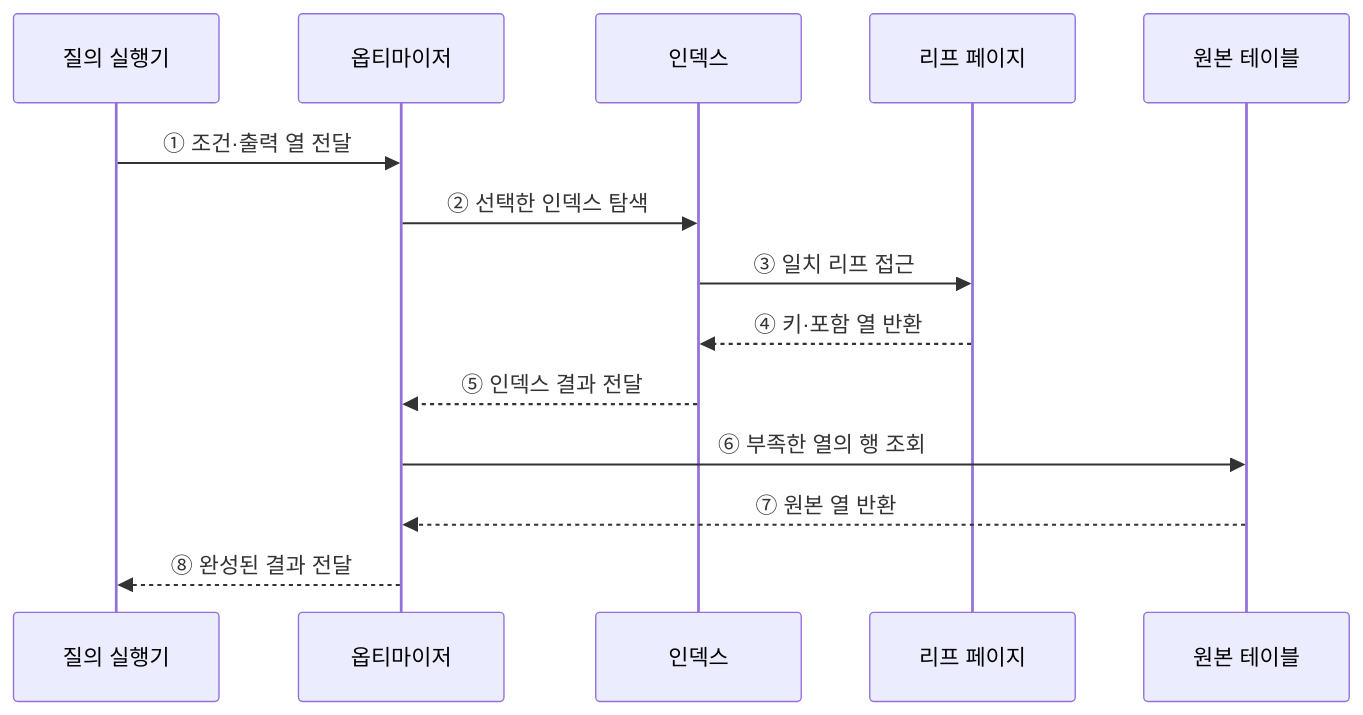
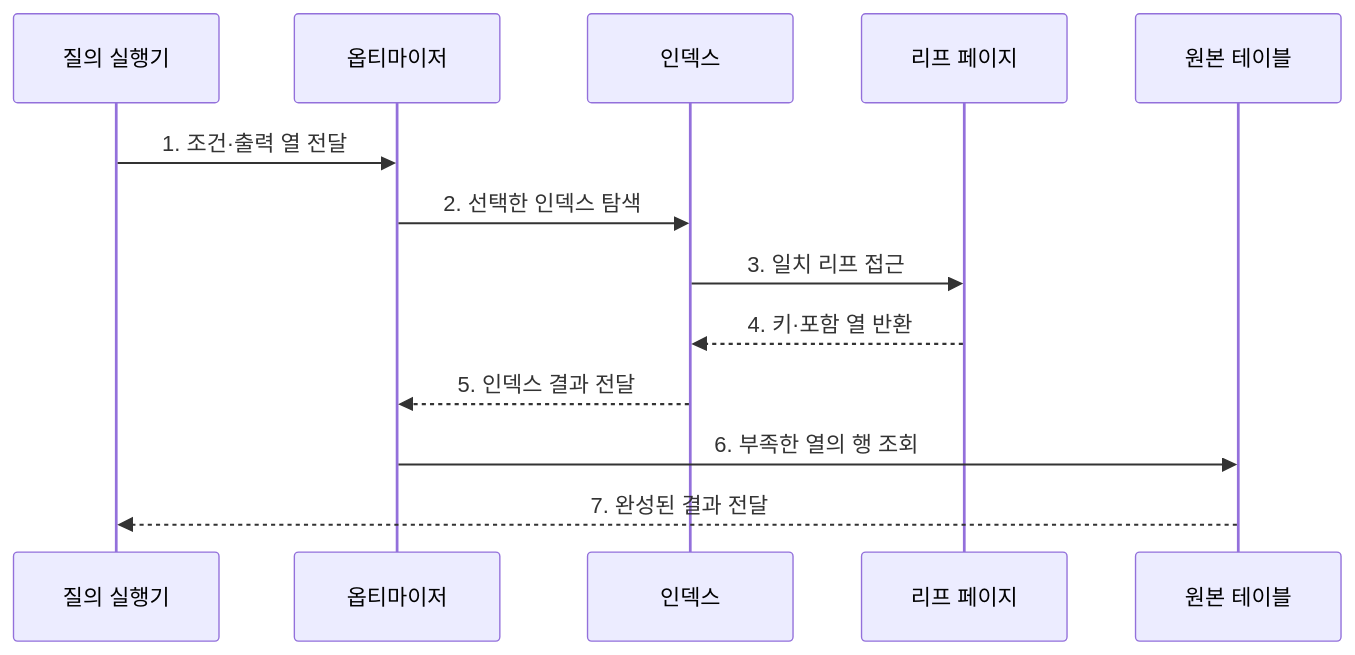
One commit to agnusdei1207/knowledge-base changed the second of 2 diagrams in src/content/docs/notes/03-software/094_clustered_covering_index.md. Above: the diagram before and after it, drawn with Mermaid. The commit also changed other lines of this file and 20 other files, not shown here.

````diff
--- a/src/content/docs/notes/03-software/094_clustered_covering_index.md
+++ b/src/content/docs/notes/03-software/094_clustered_covering_index.md
@@ -69,16 +78,15 @@
 ```mermaid
 sequenceDiagram
     participant Q as 질의 실행기
     participant O as 옵티마이저
     participant I as 인덱스
     participant L as 리프 페이지
     participant T as 원본 테이블
-    Q->>O: ① 조건·출력 열 전달
-    O->>I: ② 선택한 인덱스 탐색
-    I->>L: ③ 일치 리프 접근
-    L-->>I: ④ 키·포함 열 반환
-    I-->>O: ⑤ 인덱스 결과 전달
-    O->>T: ⑥ 부족한 열의 행 조회
-    T-->>O: ⑦ 원본 열 반환
-    O-->>Q: ⑧ 완성된 결과 전달
+    Q->>O: 1. 조건·출력 열 전달
+    O->>I: 2. 선택한 인덱스 탐색
+    I->>L: 3. 일치 리프 접근
+    L-->>I: 4. 키·포함 열 반환
+    I-->>O: 5. 인덱스 결과 전달
+    O->>T: 6. 부족한 열의 행 조회
+    T-->>Q: 7. 완성된 결과 전달
 ```
````
